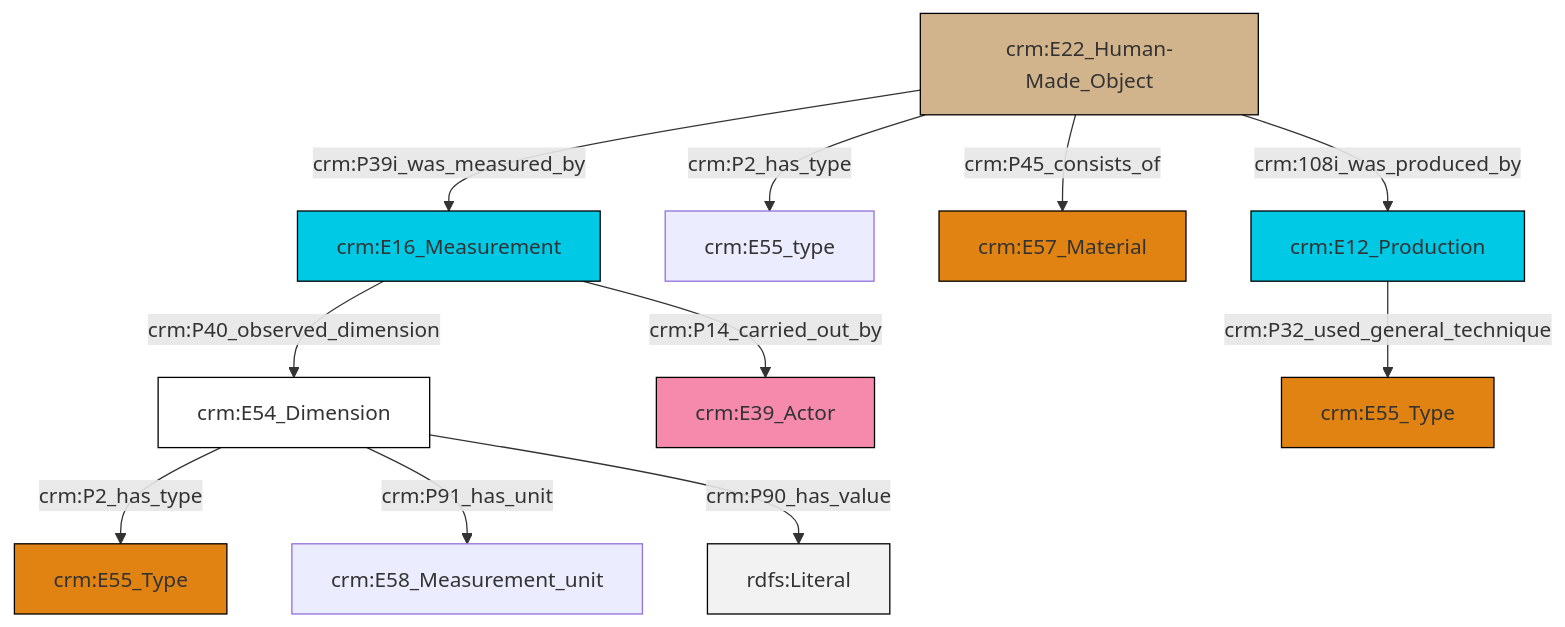
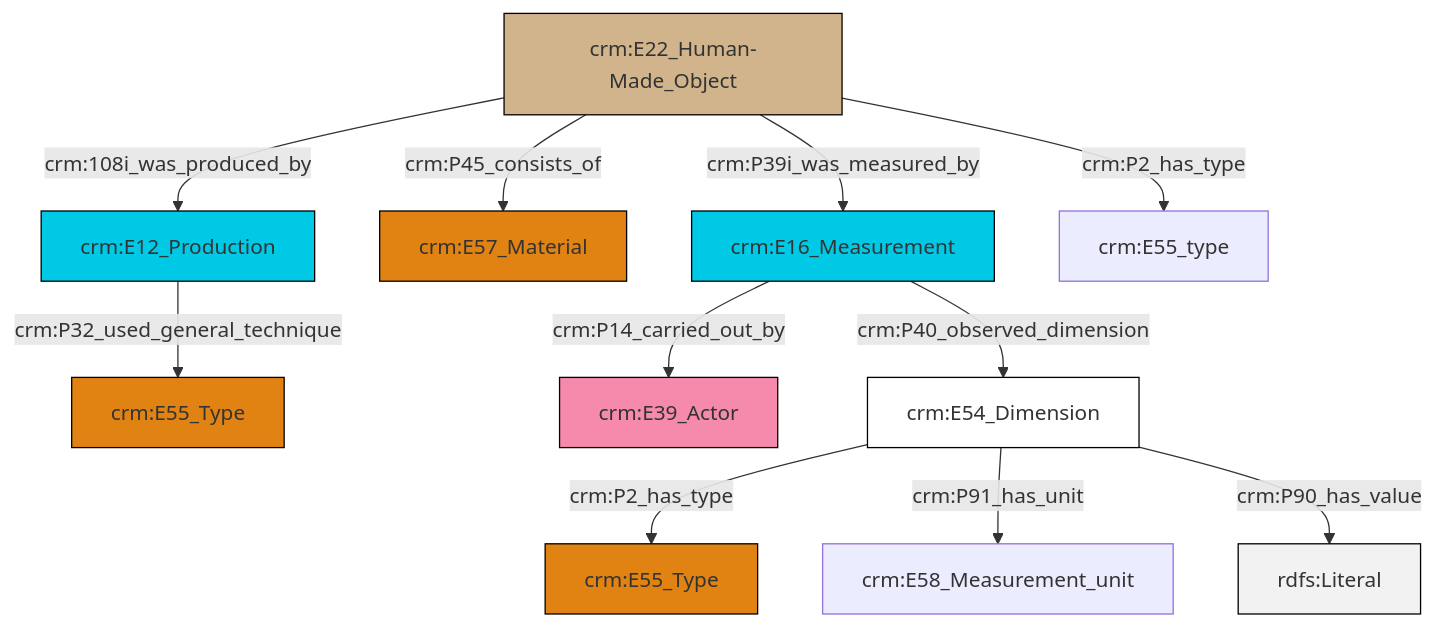
One commit to swiss-art-research-net/reference-data-models changed the diagram in et/artworkCSV/ttl/mmd/Artwork_substance.ttl.mmd. Above: the diagram before and after it, drawn with Mermaid. The commit also changed 148 other files, not shown here.

```diff
--- a/et/artworkCSV/ttl/mmd/Artwork_substance.ttl.mmd
+++ b/et/artworkCSV/ttl/mmd/Artwork_substance.ttl.mmd
@@ -1,25 +1,25 @@
 graph TD
 classDef Literal fill:#f2f2f2,stroke:#000000;
 classDef CRM_Entity fill:#FFFFFF,stroke:#000000;
 classDef Temporal_Entity fill:#00C9E6, stroke:#000000;
 classDef Type fill:#E18312, stroke:#000000;
 classDef Time-Span fill:#2C9C91, stroke:#000000;
 classDef Appellation fill:#FFEB7F, stroke:#000000;
 classDef Place fill:#008836, stroke:#000000;
 classDef Persistent_Item fill:#B266B2, stroke:#000000;
 classDef Conceptual_Object fill:#FFD700, stroke:#000000;
 classDef Physical_Thing fill:#D2B48C, stroke:#000000;
 classDef Actor fill:#f58aad, stroke:#000000;
 classDef PC_Classes fill:#4ce600, stroke:#000000;
 classDef Multi fill:#cccccc,stroke:#000000;
 
-0["crm:E54_Dimension"]:::CRM_Entity -->|crm:P2_has_type| 1["crm:E55_Type"]:::Type
-10["crm:E22_Human-Made_Object"]:::Physical_Thing -->|crm:P2_has_type| 11["crm:E55_type"]:::Default
-10["crm:E22_Human-Made_Object"]:::Physical_Thing -->|crm:P45_consists_of| 12["crm:E57_Material"]:::Type
-13["crm:E16_Measurement"]:::Temporal_Entity -->|crm:P40_observed_dimension| 0["crm:E54_Dimension"]:::CRM_Entity
-0["crm:E54_Dimension"]:::CRM_Entity -->|crm:P91_has_unit| 2["crm:E58_Measurement_unit"]:::Default
-10["crm:E22_Human-Made_Object"]:::Physical_Thing -->|crm:P39i_was_measured_by| 13["crm:E16_Measurement"]:::Temporal_Entity
-0["crm:E54_Dimension"]:::CRM_Entity -->|crm:P90_has_value| 15[rdfs:Literal]:::Literal
-13["crm:E16_Measurement"]:::Temporal_Entity -->|crm:P14_carried_out_by| 6["crm:E39_Actor"]:::Actor
-10["crm:E22_Human-Made_Object"]:::Physical_Thing -->|crm:108i_was_produced_by| 4["crm:E12_Production"]:::Temporal_Entity
-4["crm:E12_Production"]:::Temporal_Entity -->|crm:P32_used_general_technique| 18["crm:E55_Type"]:::Type
+6["crm:E54_Dimension"]:::CRM_Entity -->|crm:P2_has_type| 7["crm:E55_Type"]:::Type
+2["crm:E22_Human-Made_Object"]:::Physical_Thing -->|crm:108i_was_produced_by| 0["crm:E12_Production"]:::Temporal_Entity
+6["crm:E54_Dimension"]:::CRM_Entity -->|crm:P91_has_unit| 4["crm:E58_Measurement_unit"]:::Default
+2["crm:E22_Human-Made_Object"]:::Physical_Thing -->|crm:P45_consists_of| 10["crm:E57_Material"]:::Type
+0["crm:E12_Production"]:::Temporal_Entity -->|crm:P32_used_general_technique| 8["crm:E55_Type"]:::Type
+6["crm:E54_Dimension"]:::CRM_Entity -->|crm:P90_has_value| 11[rdfs:Literal]:::Literal
+12["crm:E16_Measurement"]:::Temporal_Entity -->|crm:P14_carried_out_by| 14["crm:E39_Actor"]:::Actor
+12["crm:E16_Measurement"]:::Temporal_Entity -->|crm:P40_observed_dimension| 6["crm:E54_Dimension"]:::CRM_Entity
+2["crm:E22_Human-Made_Object"]:::Physical_Thing -->|crm:P39i_was_measured_by| 12["crm:E16_Measurement"]:::Temporal_Entity
+2["crm:E22_Human-Made_Object"]:::Physical_Thing -->|crm:P2_has_type| 16["crm:E55_type"]:::Default
```
